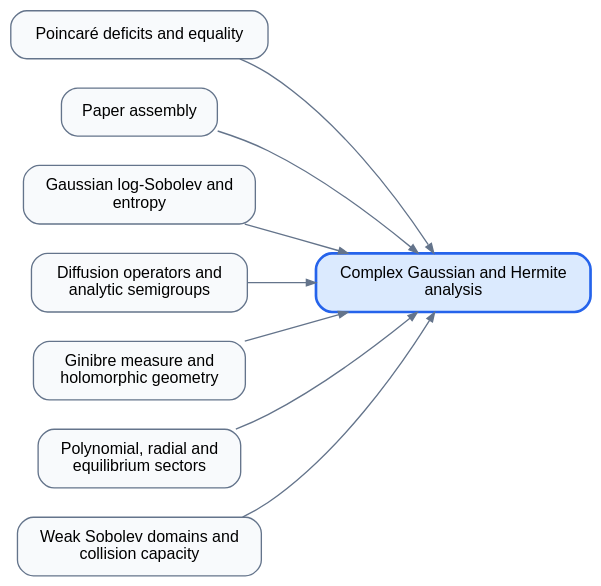
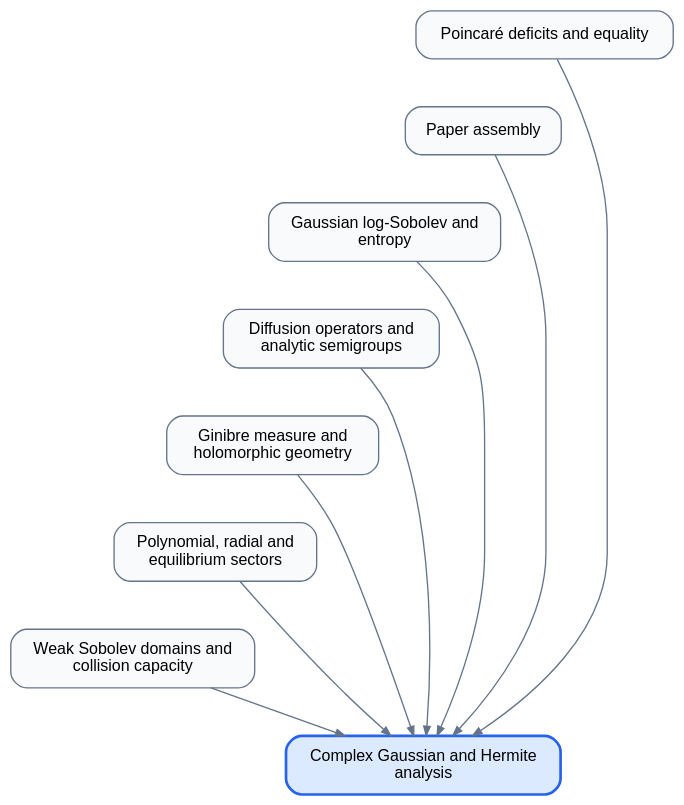
The diagram in diagrams/ComplexGaussianHermite.dot (djalilchafai/ginibre-poincare), drawn with Graphviz before and after one commit. The commit also changed 44 other files, not shown here.

Commit message:
Make dependency diagrams vertical and add GitHub Pages deployment

```diff
--- a/diagrams/ComplexGaussianHermite.dot
+++ b/diagrams/ComplexGaussianHermite.dot
@@ -1,21 +1,27 @@
 digraph dependencies {
-rankdir=LR;
+rankdir=TB;
 graph [bgcolor="transparent", pad="0.3", nodesep="0.3"];
 node [shape=box, style="rounded,filled", fillcolor="#f8fafc", color="#64748b", fontname="sans-serif", fontsize=12, margin="0.18,0.12"];
 edge [color="#64748b", arrowsize=0.7];
 DeficitsEquality [label="Poincaré deficits and equality"];
 Endgame [label="Paper assembly"];
 GaussianLSI [label="Gaussian log-Sobolev and\nentropy"];
 GeneratorSemigroup [label="Diffusion operators and\nanalytic semigroups"];
 GinibreMeasureGeometry [label="Ginibre measure and\nholomorphic geometry"];
 PolynomialRadial [label="Polynomial, radial and\nequilibrium sectors"];
 WeakSobolev [label="Weak Sobolev domains and\ncollision capacity"];
 ComplexGaussianHermite [label="Complex Gaussian and Hermite\nanalysis", fillcolor="#dbeafe", color="#2563eb", penwidth=2];
 DeficitsEquality -> ComplexGaussianHermite;
 Endgame -> ComplexGaussianHermite;
 GaussianLSI -> ComplexGaussianHermite;
 GeneratorSemigroup -> ComplexGaussianHermite;
 GinibreMeasureGeometry -> ComplexGaussianHermite;
 PolynomialRadial -> ComplexGaussianHermite;
 WeakSobolev -> ComplexGaussianHermite;
+DeficitsEquality -> Endgame [style=invis];
+Endgame -> GaussianLSI [style=invis];
+GaussianLSI -> GeneratorSemigroup [style=invis];
+GeneratorSemigroup -> GinibreMeasureGeometry [style=invis];
+GinibreMeasureGeometry -> PolynomialRadial [style=invis];
+PolynomialRadial -> WeakSobolev [style=invis];
 }
```
